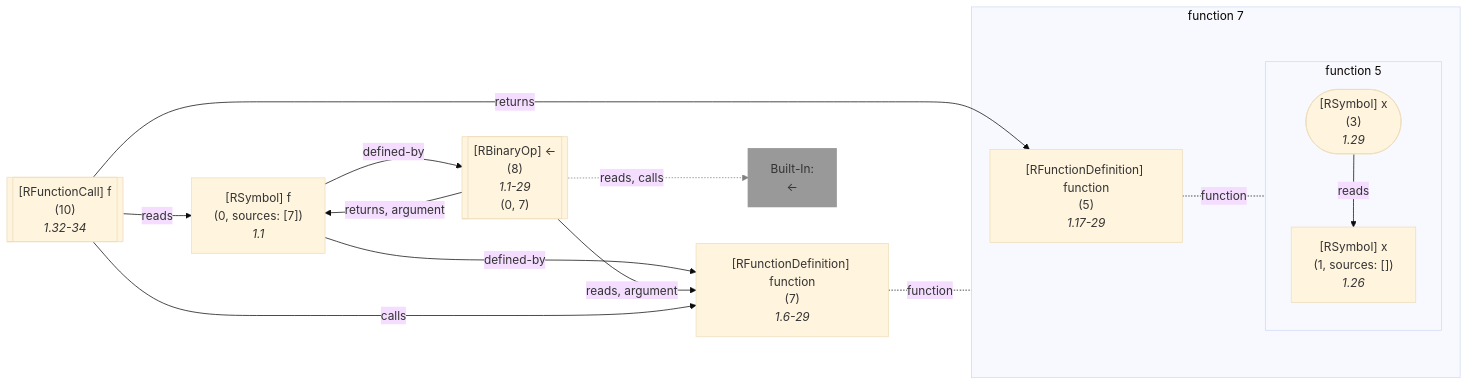
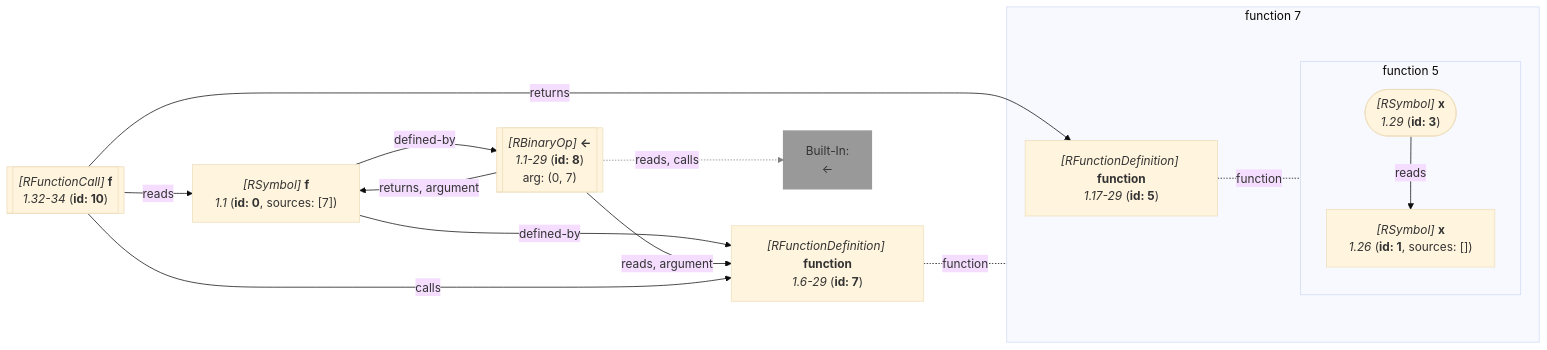
One commit to flowr-analysis/flowr changed diagram 14 of 21 in wiki/Query API.md. Above: the diagram before and after it, drawn with Mermaid (base theme). The commit also changed other lines of this file and 87 other files, not shown here.

````diff
--- a/wiki/Query API.md
+++ b/wiki/Query API.md
@@ -4915,59 +4809,52 @@
 ```mermaid
 flowchart LR
-    7["`#91;RFunctionDefinition#93; function
-      (7)
-      *1.6-29*`"]
+    7["`*#91;RFunctionDefinition#93;* **function**
+      *1.6-29* (**id: 7**)`"]
 
 subgraph "flow-7" [function 7]
     %% Environment of 5 [level: 1]:
     %% Built-in
-    %% 2189----------------------------------------
-    %% 2190----------------------------------------
-    5["`#91;RFunctionDefinition#93; function
-      (5)
-      *1.17-29*`"]
+    %% 3342----------------------------------------
+    %% 3343----------------------------------------
+    5["`*#91;RFunctionDefinition#93;* **function**
+      *1.17-29* (**id: 5**)`"]
 
 subgraph "flow-5" [function 5]
-    1["`#91;RSymbol#93; x
-      (1, sources: [])
-      *1.26*`"]
+    1["`*#91;RSymbol#93;* **x**
+      *1.26* (**id: 1**, sources: [])`"]
    %% No edges found for 1
-    3(["`#91;RSymbol#93; x
-      (3)
-      *1.29*`"])
+    3(["`*#91;RSymbol#93;* **x**
+      *1.29* (**id: 3**)`"])
 end
    %% No edges found for 5
 end
    %% No edges found for 7
-    0["`#91;RSymbol#93; f
-      (0, sources: [7])
-      *1.1*`"]
-    8[["`#91;RBinaryOp#93; #60;#45;
-      (8)
-      *1.1-29*
-    (0, 7)`"]]
+    0["`*#91;RSymbol#93;* **f**
+      *1.1* (**id: 0**, sources: [7])`"]
+    8[["`*#91;RBinaryOp#93;* **#60;#45;**
+      *1.1-29* (**id: 8**)
+    arg: (0, 7)`"]]
     built-in:_-["`Built-In:
 #60;#45;`"]
     style built-in:_- stroke:gray,fill:gray,stroke-width:2px,opacity:.8;
     %% Environment of 10 [level: 0]:
     %% Built-in
-    %% 2198----------------------------------------
+    %% 3351----------------------------------------
     %%   f: {**f** (id: 0, type: Function, def. @8)}
-    10[["`#91;RFunctionCall#93; f
-      (10)
-      *1.32-34*`"]]
+    10[["`*#91;RFunctionCall#93;* **f**
+      *1.32-34* (**id: 10**)`"]]
     3 -->|"reads"| 1
 5 -.-|function| flow-5
 
 7 -.-|function| flow-7
 
     0 -->|"defined-by"| 7
     0 -->|"defined-by"| 8
     8 -->|"reads, argument"| 7
     8 -->|"returns, argument"| 0
     8 -.->|"reads, calls"| built-in:_-
     linkStyle 7 stroke:gray;
     10 -->|"reads"| 0
     10 -->|"returns"| 5
     10 -->|"calls"| 7
 ```
````
